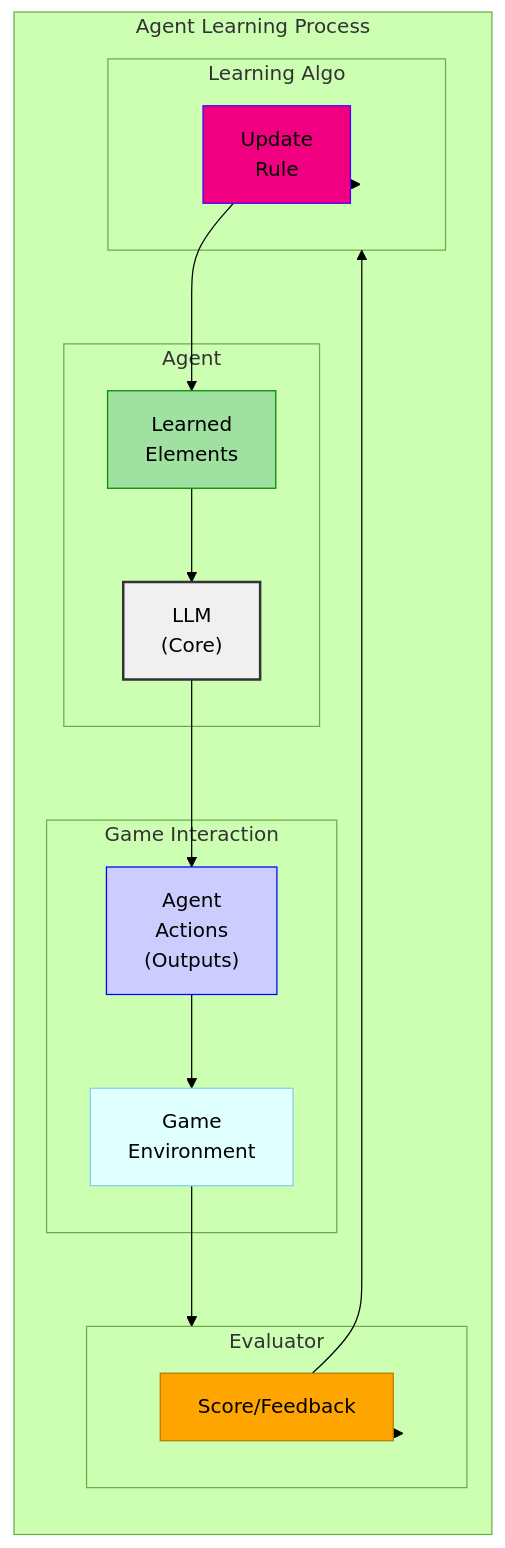
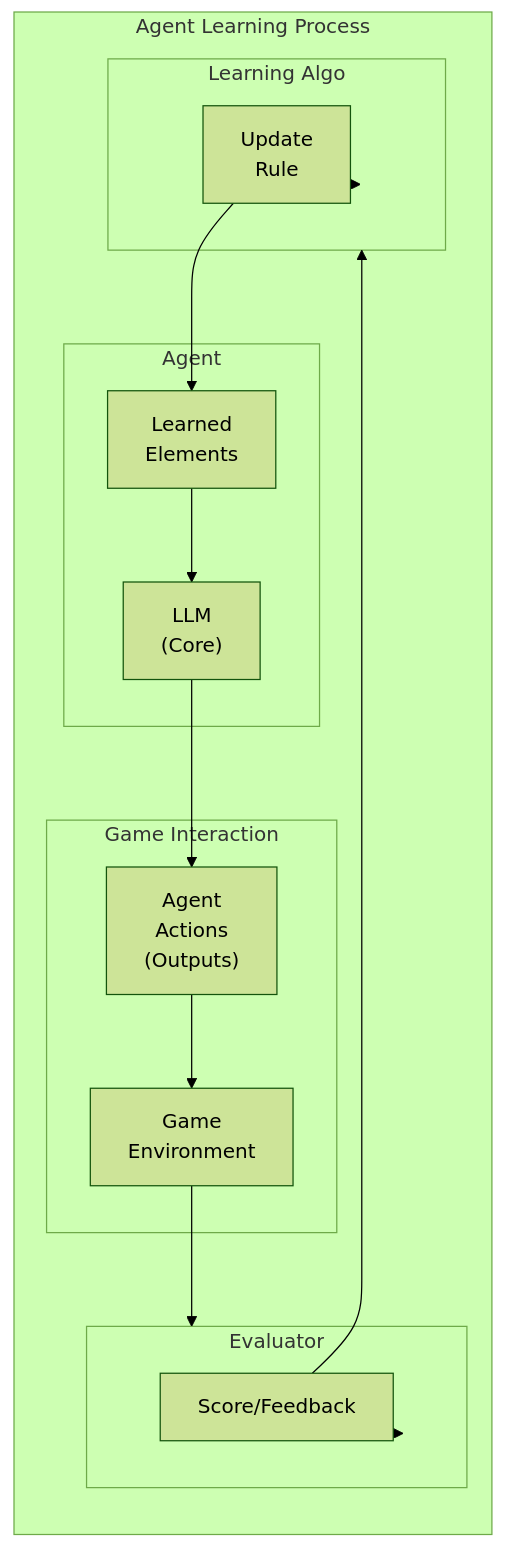
Before and after one commit to nshkrdotcom/EADS: the sixth of 8 diagrams in README.md, drawn with Mermaid (forest theme). The commit also changed other lines of this file, not shown here.

````diff
--- a/README.md
+++ b/README.md
@@ -466,39 +439,32 @@
 ```mermaid
 graph LR
     subgraph AgentLearning["Agent&nbsp;Learning&nbsp;Process"]
 
         subgraph Agent["Agent"]
             LLM["LLM<br>(Core)"]
             LearnedElements["Learned<br>Elements"]
-            style LLM fill:#f0f0f0,stroke:#333,stroke-width:2px
-            style LearnedElements fill:#a0e0a0,stroke:#080
         end
 
         subgraph Game["Game&nbsp;Interaction"]
             AgentActions["Agent<br>Actions<br>(Outputs)"]
             GameEnvironment["Game<br>Environment"]
-            style AgentActions fill:#ccf,stroke:#00f
-            style GameEnvironment fill:#e0ffff,stroke:#87ceeb
         end
 
         subgraph Evaluator["Evaluator"]
             Score["Score/Feedback"]
-            style Score fill:#ffa500,stroke:#b70
         end
         
         subgraph LearningAlgorithm["Learning&nbsp;Algo"]
             UpdateRule["Update<br>Rule"]
-            style UpdateRule fill:#f00080,stroke:#40f
         end
+		
         LLM --> AgentActions
         AgentActions --> GameEnvironment
         GameEnvironment --> Evaluator
         Evaluator --> Score
         Score --> LearningAlgorithm
         LearningAlgorithm --> UpdateRule
         UpdateRule --> LearnedElements
         LearnedElements --> LLM
-
-
     end
 ```
````
